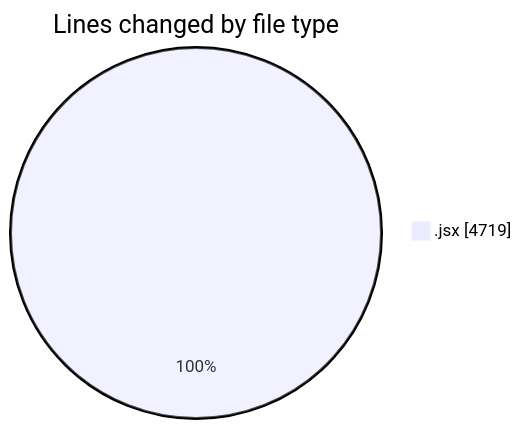
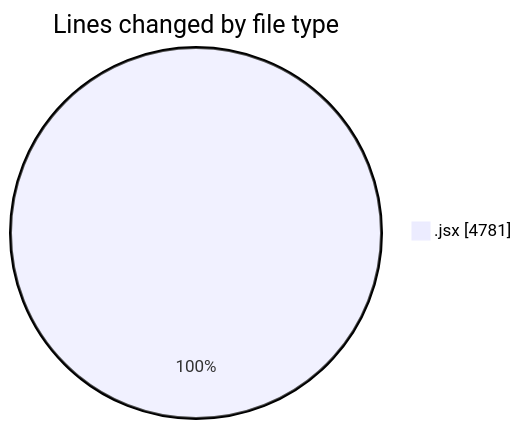
The first of 2 diagrams in 2025-10-14/nxtqube_webapp/README.md (nxtqubesakshisongat/code-tracking), drawn with Mermaid before and after one commit. The commit also changed other lines of this file and 1 other file, not shown here.

````diff
--- a/2025-10-14/nxtqube_webapp/README.md
+++ b/2025-10-14/nxtqube_webapp/README.md
@@ -21,5 +21,5 @@
 ```mermaid
 pie showData
 title Lines changed by file type
-".jsx" : 4719
+".jsx" : 4781
 ```
````
